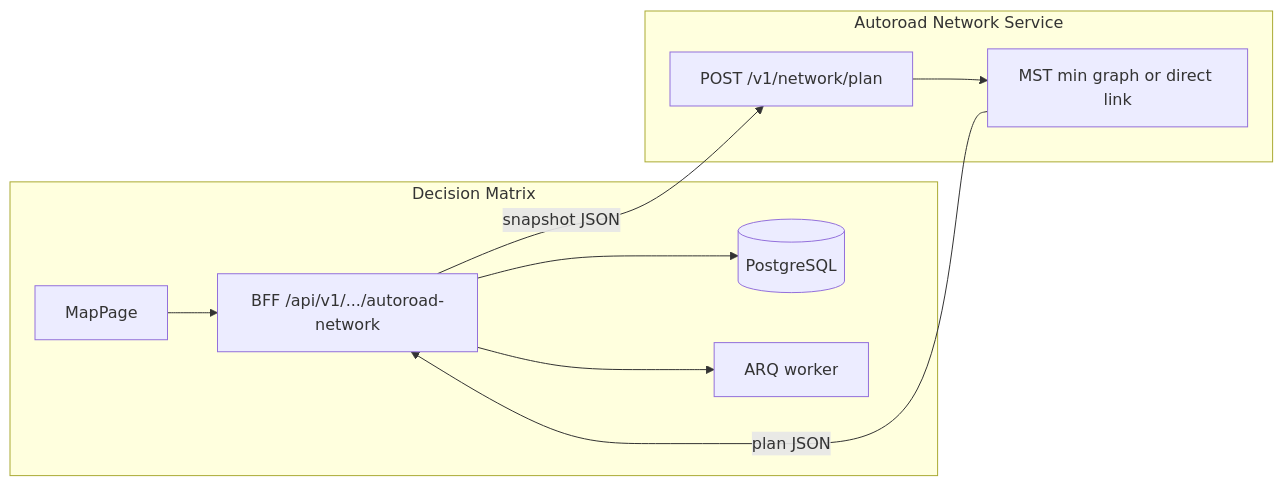
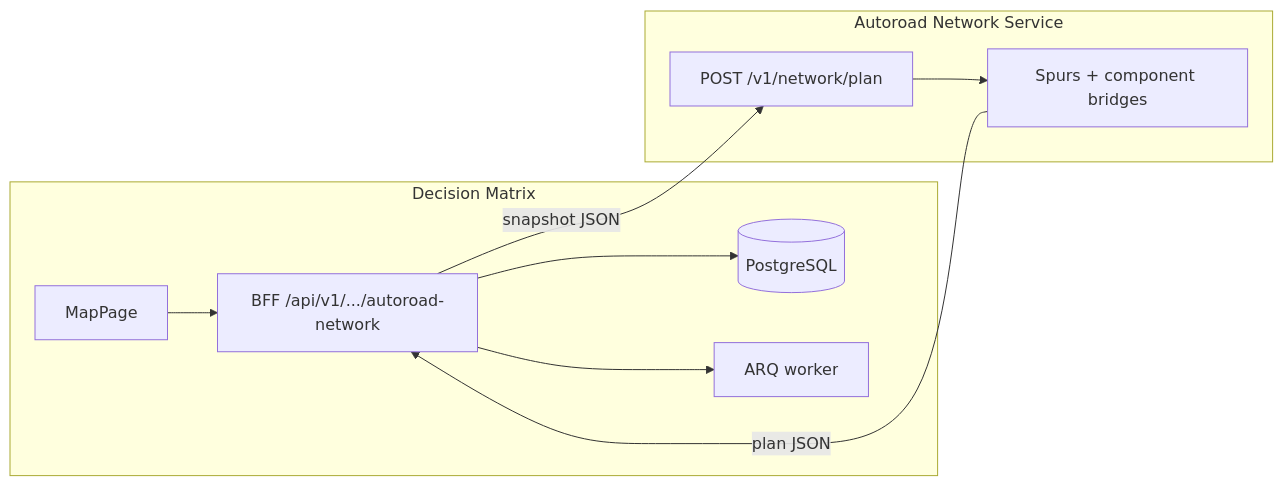
The first of 2 diagrams in docs/autoroad-network-plan.md (Mekcuka/Scaning), drawn with Mermaid before and after one commit. The commit also changed other lines of this file and 5 other files, not shown here.

````diff
--- a/docs/autoroad-network-plan.md
+++ b/docs/autoroad-network-plan.md
@@ -34,19 +46,19 @@
 ```mermaid
 flowchart LR
   subgraph dm [Decision Matrix]
     UI[MapPage]
     BFF["BFF /api/v1/.../autoroad-network"]
     DB[(PostgreSQL)]
     Worker[ARQ worker]
   end
   subgraph ans [Autoroad Network Service]
     PlanAPI["POST /v1/network/plan"]
-    Planner[MST min graph or direct link]
+    Planner[Spurs + component bridges]
   end
   UI --> BFF
   BFF -->|"snapshot JSON"| PlanAPI
   PlanAPI --> Planner
   Planner -->|"plan JSON"| BFF
   BFF --> DB
   BFF --> Worker
 ```
````
